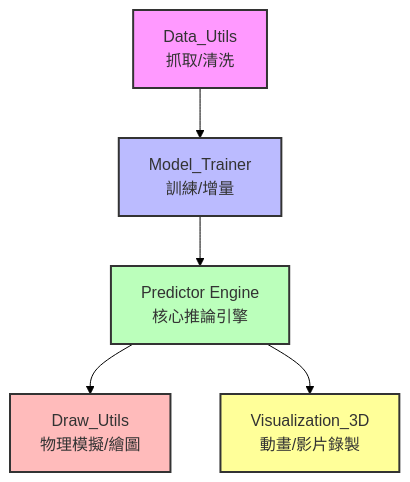
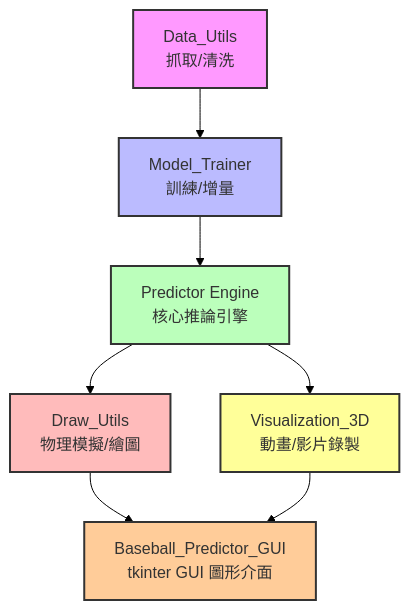
Before and after one commit to PJ-Tsai/Baseball_Simulation: the diagram in README.md, drawn with Mermaid. The commit also changed other lines of this file and 2 other files, not shown here.

````diff
--- a/README.md
+++ b/README.md
@@ -21,14 +22,17 @@
 ```mermaid
 %%{init: {'theme': 'base', 'themeVariables': { 'background': '#ffffff', 'canvasBackground': '#ffffff' }}}%%
 graph TD
     A[Data_Utils<br/>抓取/清洗] --> B[Model_Trainer<br/>訓練/增量]
     B --> C[Predictor Engine<br/>核心推論引擎]
     C --> D[Draw_Utils<br/>物理模擬/繪圖]
     C --> E[Visualization_3D<br/>動畫/影片錄製]
+    D --> F[Baseball_Predictor_GUI<br/>tkinter GUI 圖形介面]
+    E --> F[Baseball_Predictor_GUI<br/>tkinter GUI 圖形介面]
     
     style A fill:#f9f,stroke:#333,stroke-width:2px
     style B fill:#bbf,stroke:#333,stroke-width:2px
     style C fill:#bfb,stroke:#333,stroke-width:2px
     style D fill:#fbb,stroke:#333,stroke-width:2px
     style E fill:#ff9,stroke:#333,stroke-width:2px
+    style F fill:#fc9,stroke:#333,stroke-width:2px
 ```
````
